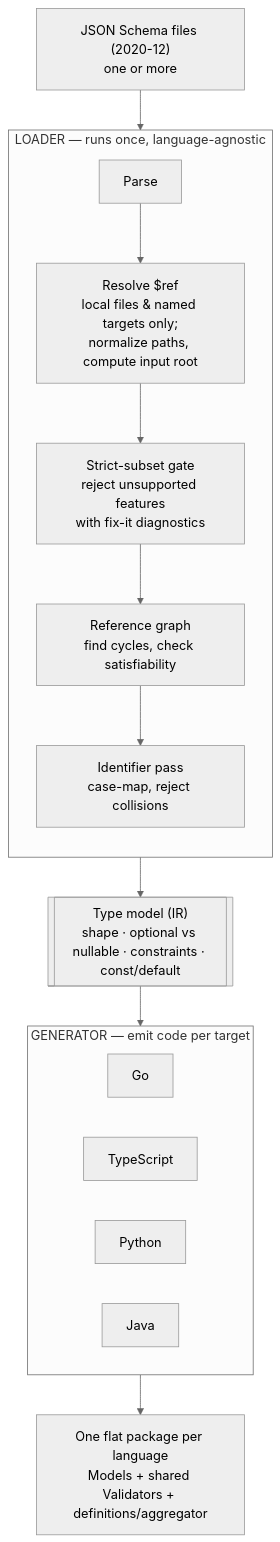
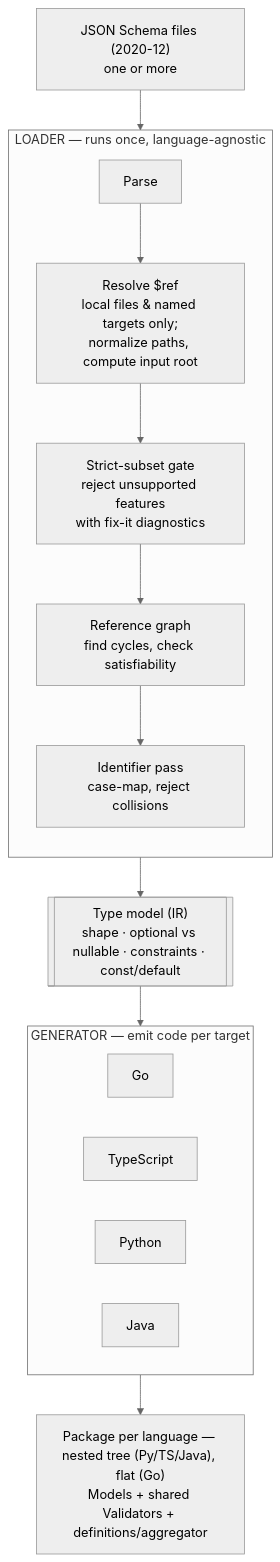
The first of 2 diagrams in json-schema/pipeline.md (bergundy/nexgen), drawn with Mermaid (neutral theme) before and after one commit. The commit also changed 5 other files, not shown here.

````diff
--- a/json-schema/pipeline.md
+++ b/json-schema/pipeline.md
@@ -11,28 +11,28 @@
 ```mermaid
 flowchart TD
     F["JSON Schema files (2020-12)<br/>one or more"]
 
     subgraph LOADER["LOADER — runs once, language-agnostic"]
       direction TB
       P["Parse"]
       R["Resolve $ref<br/>local files & named targets only;<br/>normalize paths, compute input root"]
       S["Strict-subset gate<br/>reject unsupported features<br/>with fix-it diagnostics"]
       G["Reference graph<br/>find cycles, check satisfiability"]
       N["Identifier pass<br/>case-map, reject collisions"]
       P --> R --> S --> G --> N
     end
 
     IR[["Type model (IR)<br/>shape · optional vs nullable · constraints · const/default"]]
 
     subgraph GEN["GENERATOR — emit code per target"]
       direction LR
       GO["Go"]
       TS["TypeScript"]
       PY["Python"]
       JV["Java"]
     end
 
-    OUT["One flat package per language<br/>Models + shared Validators + definitions/aggregator"]
+    OUT["Package per language — nested tree (Py/TS/Java), flat (Go)<br/>Models + shared Validators + definitions/aggregator"]
 
     F --> LOADER --> IR --> GEN --> OUT
 ```
````
